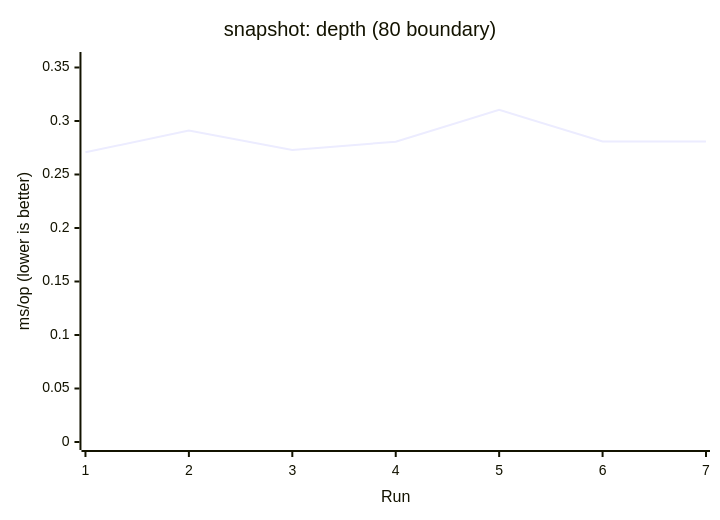
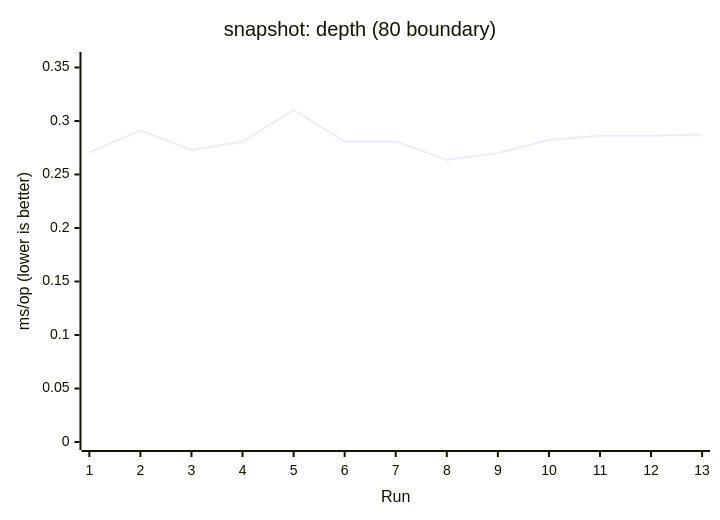
The second of 17 diagrams in apps/docs/src/content/docs/en/guides/benchmark.mdx (AIluffy/io), drawn with Mermaid before and after one commit. The commit also changed other lines of this file and 11 other files, not shown here.

````diff
--- a/apps/docs/src/content/docs/en/guides/benchmark.mdx
+++ b/apps/docs/src/content/docs/en/guides/benchmark.mdx
@@ -106,7 +193,7 @@
 ```mermaid
 xychart-beta
   title "snapshot: depth (80 boundary)"
-  x-axis "Run" [1, 2, 3, 4, 5, 6, 7]
+  x-axis "Run" [1, 2, 3, 4, 5, 6, 7, 8, 9, 10, 11, 12, 13]
   y-axis "ms/op (lower is better)" 0 --> 0.357
-  line [0.2707, 0.2912, 0.273, 0.2806, 0.3104, 0.2808, 0.2809]
+  line [0.2707, 0.2912, 0.273, 0.2806, 0.3104, 0.2808, 0.2809, 0.2637, 0.27, 0.2822, 0.2861, 0.2861, 0.2873]
 ```
````
